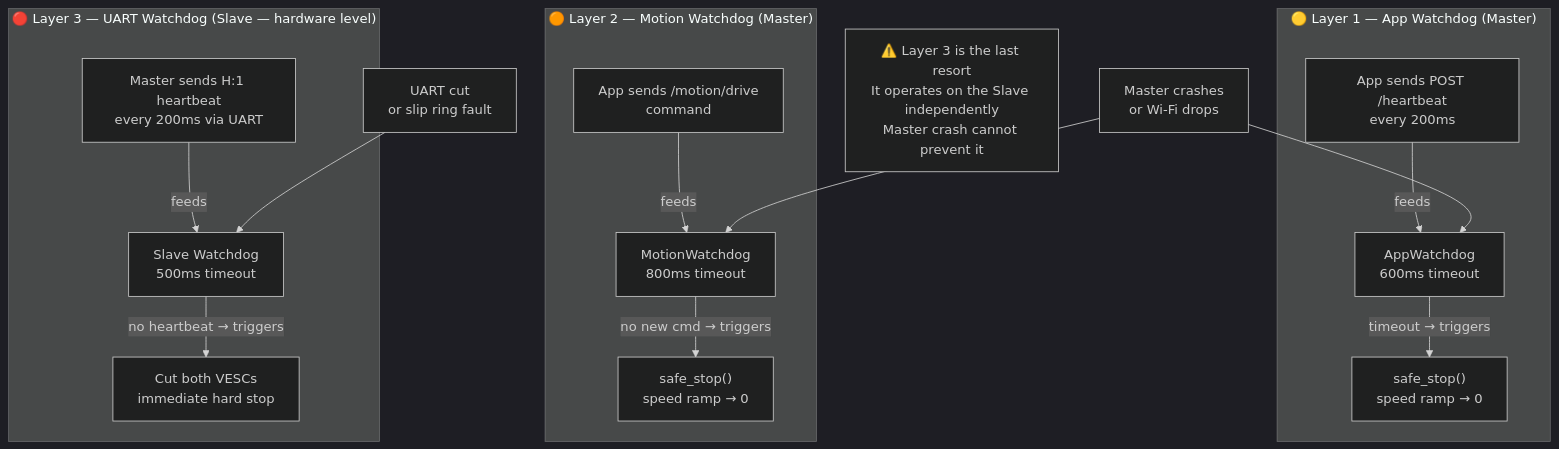
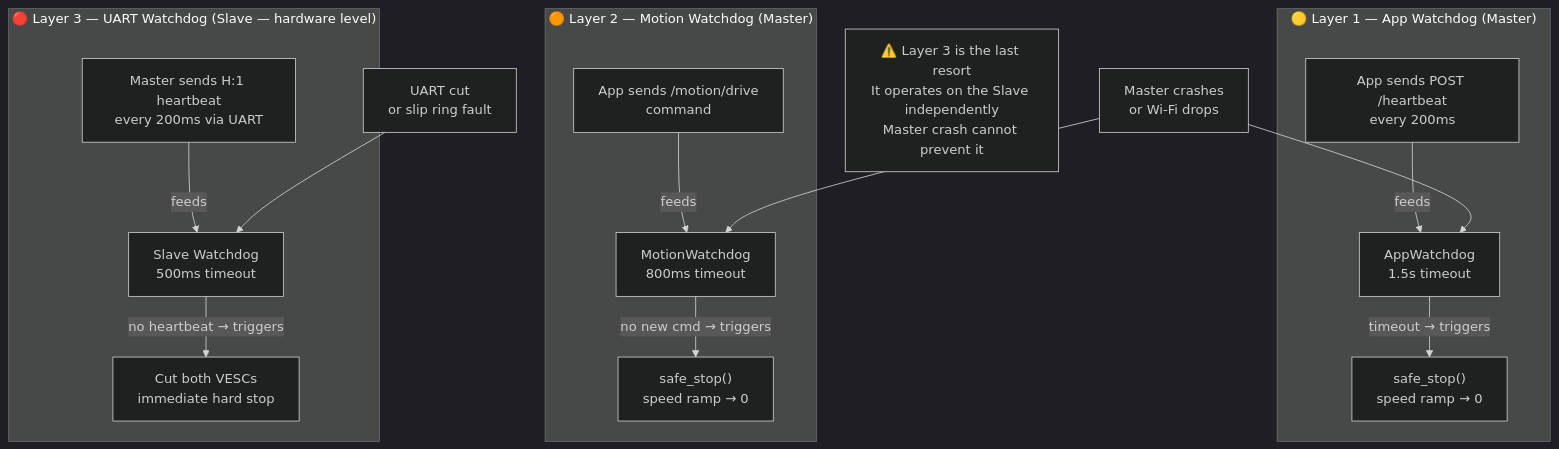
The fourth of 4 diagrams in ELECTRONICS.md (RickDnamps/AstromechOS), drawn with Mermaid (dark theme) before and after one commit. The commit also changed other lines of this file and 2 other files, not shown here.

````diff
--- a/ELECTRONICS.md
+++ b/ELECTRONICS.md
@@ -306,35 +306,35 @@
 ```mermaid
 flowchart TD
     subgraph WD1["🟡 Layer 1 — App Watchdog  (Master)"]
         APP_HB["App sends POST /heartbeat\nevery 200ms"]
-        APP_WD["AppWatchdog\n600ms timeout"]
+        APP_WD["AppWatchdog\n1.5s timeout"]
         APP_STOP["safe_stop()\nspeed ramp → 0"]
         APP_HB -->|"feeds"| APP_WD
         APP_WD -->|"timeout → triggers"| APP_STOP
     end
 
     subgraph WD2["🟠 Layer 2 — Motion Watchdog  (Master)"]
         DRIVE_CMD["App sends /motion/drive\ncommand"]
         MOTION_WD["MotionWatchdog\n800ms timeout"]
         MOTION_STOP["safe_stop()\nspeed ramp → 0"]
         DRIVE_CMD -->|"feeds"| MOTION_WD
         MOTION_WD -->|"no new cmd → triggers"| MOTION_STOP
     end
 
     subgraph WD3["🔴 Layer 3 — UART Watchdog  (Slave — hardware level)"]
         HB_UART["Master sends H:1 heartbeat\nevery 200ms via UART"]
         SLAVE_WD["Slave Watchdog\n500ms timeout"]
         VESC_KILL["Cut both VESCs\nimmediate hard stop"]
         HB_UART -->|"feeds"| SLAVE_WD
         SLAVE_WD -->|"no heartbeat → triggers"| VESC_KILL
     end
 
     MASTER_CRASH["Master crashes\nor Wi-Fi drops"]
     UART_CUT["UART cut\nor slip ring fault"]
 
     MASTER_CRASH --> APP_WD
     MASTER_CRASH --> MOTION_WD
     UART_CUT --> SLAVE_WD
 
     note1["⚠️ Layer 3 is the last resort\nIt operates on the Slave independently\nMaster crash cannot prevent it"]
 ```
````
